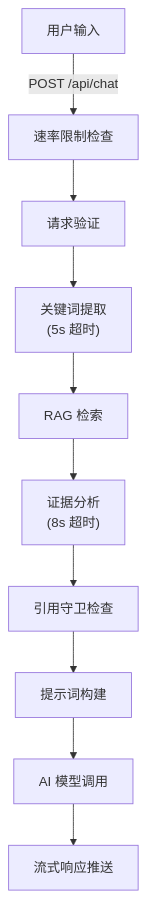
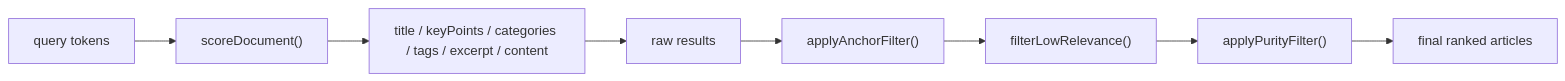
Before and after one commit to souloss/astro-minblog: the eighth of 11 diagrams in apps/blog/src/data/blog/zh/ai-module-architecture.md, drawn with Mermaid. The commit also changed other lines of this file, not shown here.

First line of the commit message:
docs(blog): rewrite Chinese AI architecture deep dive

````diff
--- a/apps/blog/src/data/blog/zh/ai-module-architecture.md
+++ b/apps/blog/src/data/blog/zh/ai-module-architecture.md
@@ -1468,12 +599,10 @@
 ```mermaid
-flowchart TB
-    A["用户输入"] -->|"POST /api/chat"| B["速率限制检查"]
-    B --> C["请求验证"]
-    C --> D["关键词提取<br/>(5s 超时)"]
-    D --> E["RAG 检索"]
-    E --> F["证据分析<br/>(8s 超时)"]
-    F --> G["引用守卫检查"]
-    G --> H["提示词构建"]
-    H --> I["AI 模型调用"]
-    I --> J["流式响应推送"]
+flowchart LR
+    Q["query tokens"] --> A["scoreDocument()"]
+    A --> B["title / keyPoints / categories / tags / excerpt / content"]
+    B --> C["raw results"]
+    C --> D["applyAnchorFilter()"]
+    D --> E["filterLowRelevance()"]
+    E --> F["applyPurityFilter()"]
+    F --> G["final ranked articles"]
 ```
````
